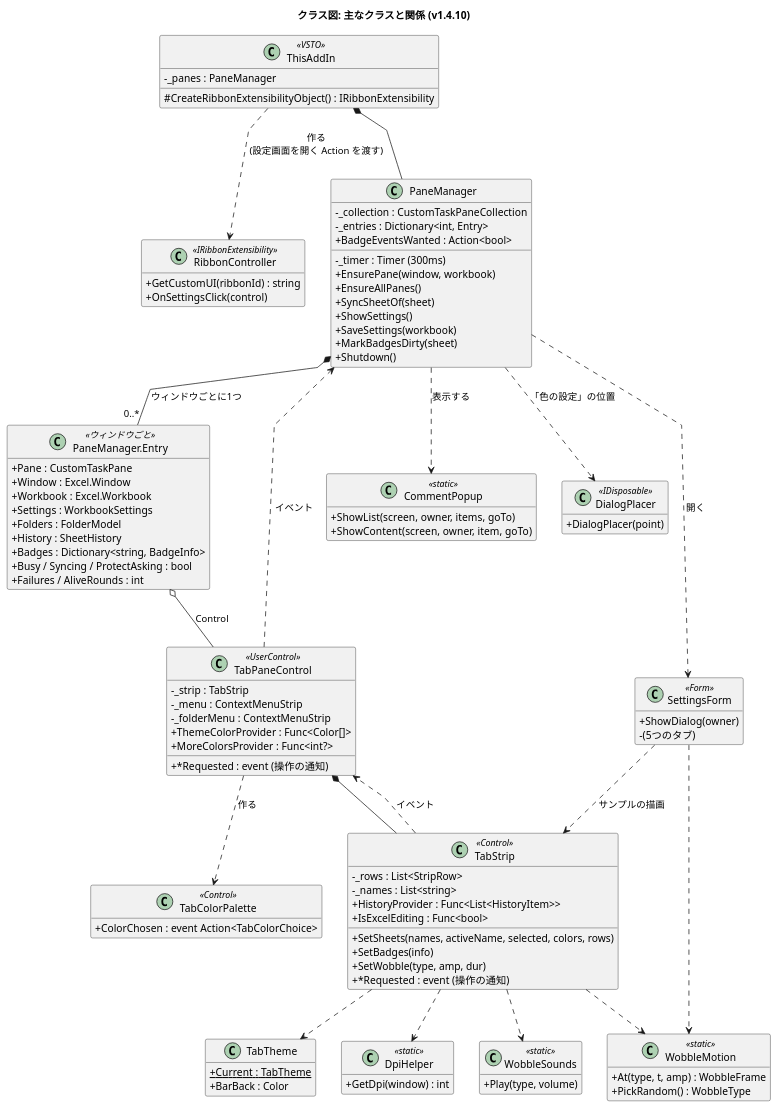
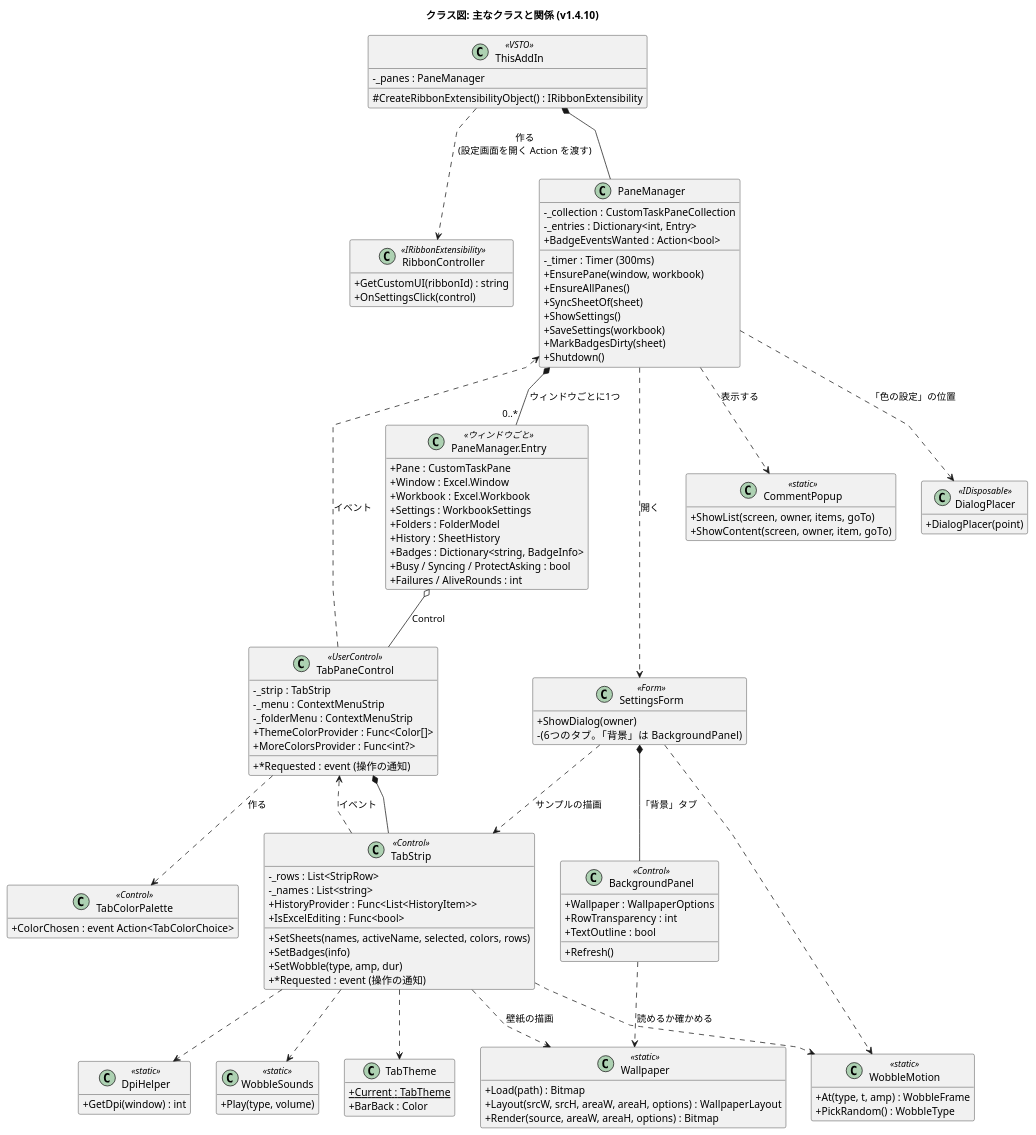
One commit to nk-taka623/VerticalSheetTabs changed the diagram in docs/class-structure.puml. Above: the diagram before and after it, drawn with PlantUML. The commit also changed 13 other files, not shown here.

Commit message:
壁紙の機能を、Agents.md、README、DEVELOPMENT.md、設計図に反映する

```diff
--- a/docs/class-structure.puml
+++ b/docs/class-structure.puml
@@ -1,117 +1,133 @@
 @startuml
 title クラス図: 主なクラスと関係 (v1.4.10)
 skinparam shadowing false
 skinparam classAttributeIconSize 0
 skinparam linetype polyline
 hide empty members
 
 class ThisAddIn <<VSTO>> {
   -_panes : PaneManager
   #CreateRibbonExtensibilityObject() : IRibbonExtensibility
 }
 
 class RibbonController <<IRibbonExtensibility>> {
   +GetCustomUI(ribbonId) : string
   +OnSettingsClick(control)
 }
 
 class PaneManager {
   -_collection : CustomTaskPaneCollection
   -_entries : Dictionary<int, Entry>
   -_timer : Timer (300ms)
   +BadgeEventsWanted : Action<bool>
   +EnsurePane(window, workbook)
   +EnsureAllPanes()
   +SyncSheetOf(sheet)
   +ShowSettings()
   +SaveSettings(workbook)
   +MarkBadgesDirty(sheet)
   +Shutdown()
 }
 
 class "PaneManager.Entry" as Entry <<ウィンドウごと>> {
   +Pane : CustomTaskPane
   +Window : Excel.Window
   +Workbook : Excel.Workbook
   +Settings : WorkbookSettings
   +Folders : FolderModel
   +History : SheetHistory
   +Badges : Dictionary<string, BadgeInfo>
   +Busy / Syncing / ProtectAsking : bool
   +Failures / AliveRounds : int
 }
 
 class TabPaneControl <<UserControl>> {
   -_strip : TabStrip
   -_menu : ContextMenuStrip
   -_folderMenu : ContextMenuStrip
   +ThemeColorProvider : Func<Color[]>
   +MoreColorsProvider : Func<int?>
   +*Requested : event (操作の通知)
 }
 
 class TabStrip <<Control>> {
   -_rows : List<StripRow>
   -_names : List<string>
   +SetSheets(names, activeName, selected, colors, rows)
   +SetBadges(info)
   +SetWobble(type, amp, dur)
   +*Requested : event (操作の通知)
   +HistoryProvider : Func<List<HistoryItem>>
   +IsExcelEditing : Func<bool>
 }
 
 class TabColorPalette <<Control>> {
   +ColorChosen : event Action<TabColorChoice>
 }
 
 class SettingsForm <<Form>> {
   +ShowDialog(owner)
-  -(5つのタブ)
+  -(6つのタブ。「背景」は BackgroundPanel)
+}
+
+class BackgroundPanel <<Control>> {
+  +Wallpaper : WallpaperOptions
+  +RowTransparency : int
+  +TextOutline : bool
+  +Refresh()
+}
+
+class Wallpaper <<static>> {
+  +Load(path) : Bitmap
+  +Layout(srcW, srcH, areaW, areaH, options) : WallpaperLayout
+  +Render(source, areaW, areaH, options) : Bitmap
 }
 
 class CommentPopup <<static>> {
   +ShowList(screen, owner, items, goTo)
   +ShowContent(screen, owner, item, goTo)
 }
 
 class DialogPlacer <<IDisposable>> {
   +DialogPlacer(point)
 }
 
 class TabTheme {
   +Current : TabTheme {static}
   +BarBack : Color
 }
 
 class DpiHelper <<static>> {
   +GetDpi(window) : int
 }
 
 class WobbleMotion <<static>> {
   +At(type, t, amp) : WobbleFrame
   +PickRandom() : WobbleType
 }
 
 class WobbleSounds <<static>> {
   +Play(type, volume)
 }
 
 ThisAddIn *-- PaneManager
 ThisAddIn ..> RibbonController : 作る\n(設定画面を開く Action を渡す)
 PaneManager *-- "0..*" Entry : ウィンドウごとに1つ
 Entry o-- TabPaneControl : Control
 TabPaneControl *-- TabStrip
 TabPaneControl ..> TabColorPalette : 作る
 TabStrip ..> TabPaneControl : イベント
 TabPaneControl ..> PaneManager : イベント
 PaneManager ..> SettingsForm : 開く
 PaneManager ..> CommentPopup : 表示する
 PaneManager ..> DialogPlacer : 「色の設定」の位置
 SettingsForm ..> TabStrip : サンプルの描画
 TabStrip ..> TabTheme
 TabStrip ..> DpiHelper
 TabStrip ..> WobbleMotion
 TabStrip ..> WobbleSounds
 SettingsForm ..> WobbleMotion
+SettingsForm *-- BackgroundPanel : 「背景」タブ
+BackgroundPanel ..> Wallpaper : 読めるか確かめる
+TabStrip ..> Wallpaper : 壁紙の描画
 @enduml
```
